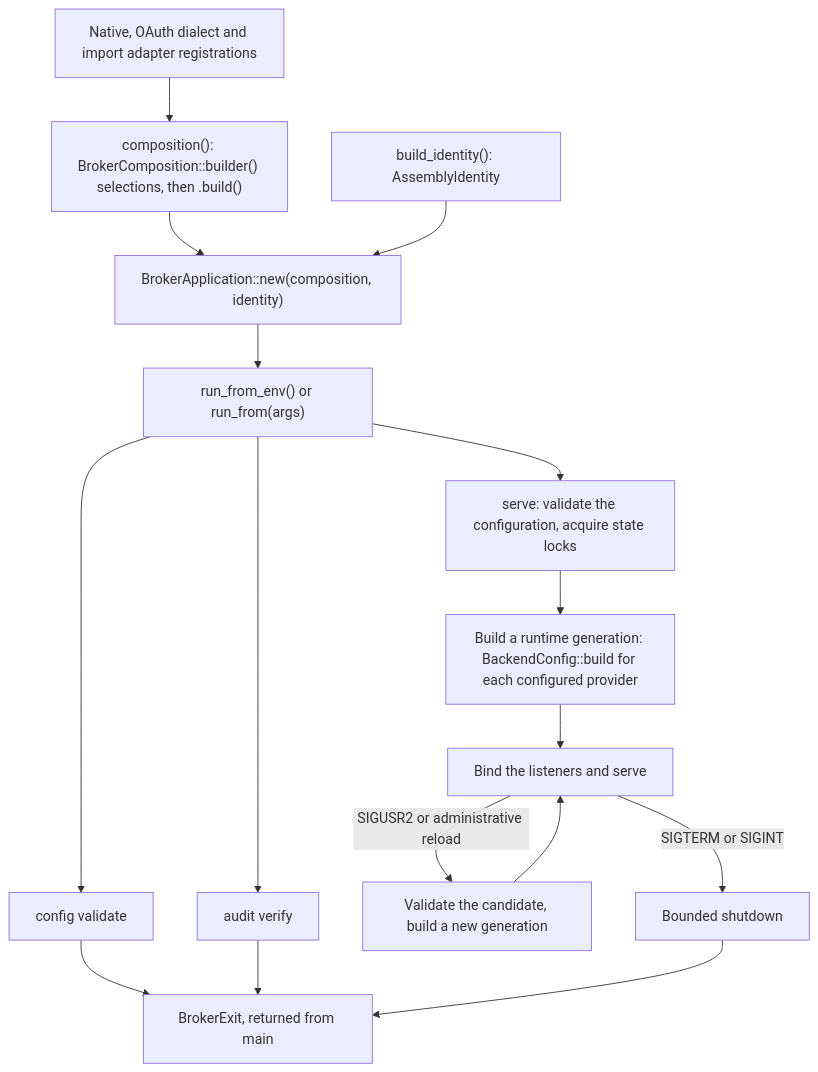
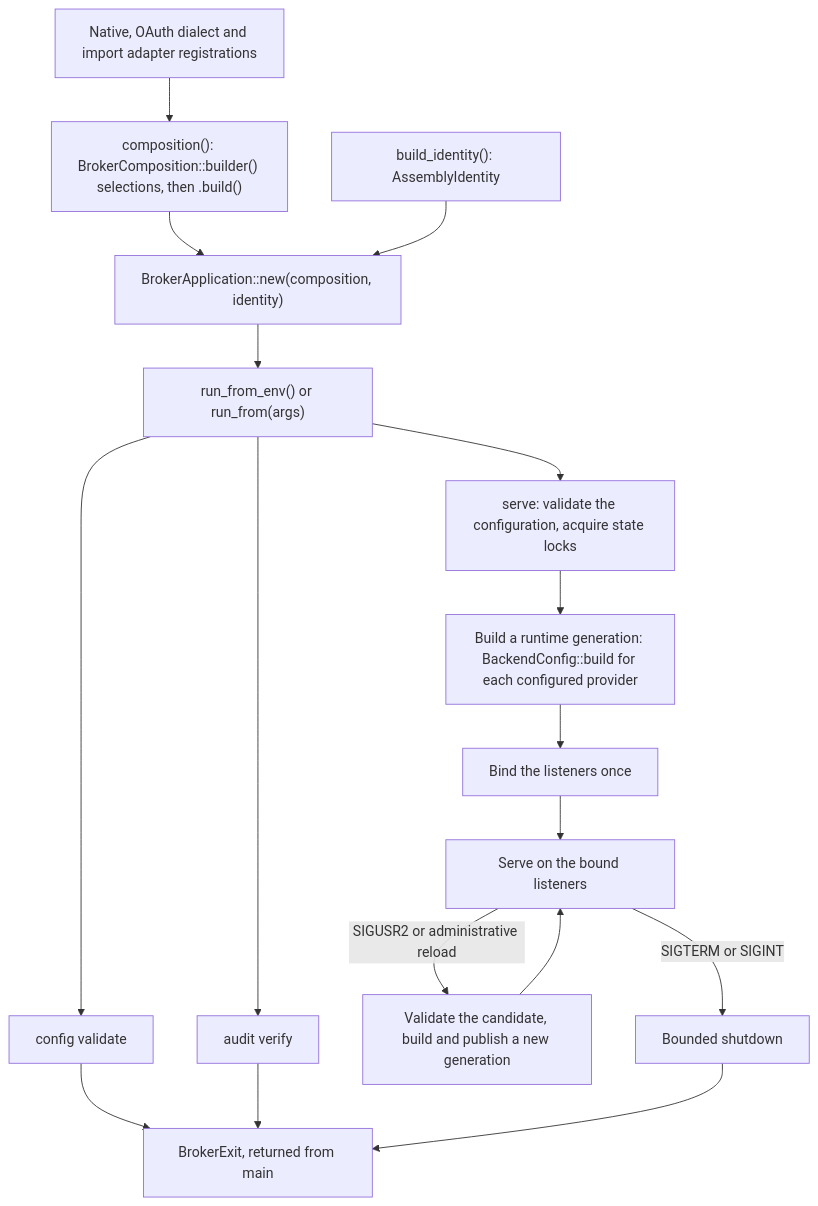
The diagram in docs/downstream-assembly.md (kcosr/agent-access-broker), drawn with Mermaid before and after one commit. The commit also changed 1 other file, not shown here.

Commit message:
docs: correct trace and reload flow in the guide diagrams
The governed-request diagram now reads the body and completes the
pending trace only for a received response, shows that a transport
failure or timeout returns with its trace already recorded, and notes
that an allowlist rejection records no trace. The assembly run
flowchart binds the listeners once and returns a reload to serving,
which publishes a new generation without rebinding.

````diff
--- a/docs/downstream-assembly.md
+++ b/docs/downstream-assembly.md
@@ -79,18 +79,19 @@
 ```mermaid
 flowchart TD
     Selections["Native, OAuth dialect and import adapter registrations"] --> Composition["composition(): BrokerComposition::builder() selections, then .build()"]
     Composition --> Application["BrokerApplication::new(composition, identity)"]
     Identity["build_identity(): AssemblyIdentity"] --> Application
     Application --> Run["run_from_env() or run_from(args)"]
     Run --> Validate["config validate"]
     Run --> Verify["audit verify"]
     Run --> Serve["serve: validate the configuration, acquire state locks"]
     Serve --> Generation["Build a runtime generation: BackendConfig::build for each configured provider"]
-    Generation --> Listen["Bind the listeners and serve"]
-    Listen -->|SIGUSR2 or administrative reload| Reload["Validate the candidate, build a new generation"]
+    Generation --> Bind["Bind the listeners once"]
+    Bind --> Listen["Serve on the bound listeners"]
+    Listen -->|SIGUSR2 or administrative reload| Reload["Validate the candidate, build and publish a new generation"]
     Reload --> Listen
     Listen -->|SIGTERM or SIGINT| Shutdown["Bounded shutdown"]
     Validate --> Exit["BrokerExit, returned from main"]
     Verify --> Exit
     Shutdown --> Exit
 ```
````
